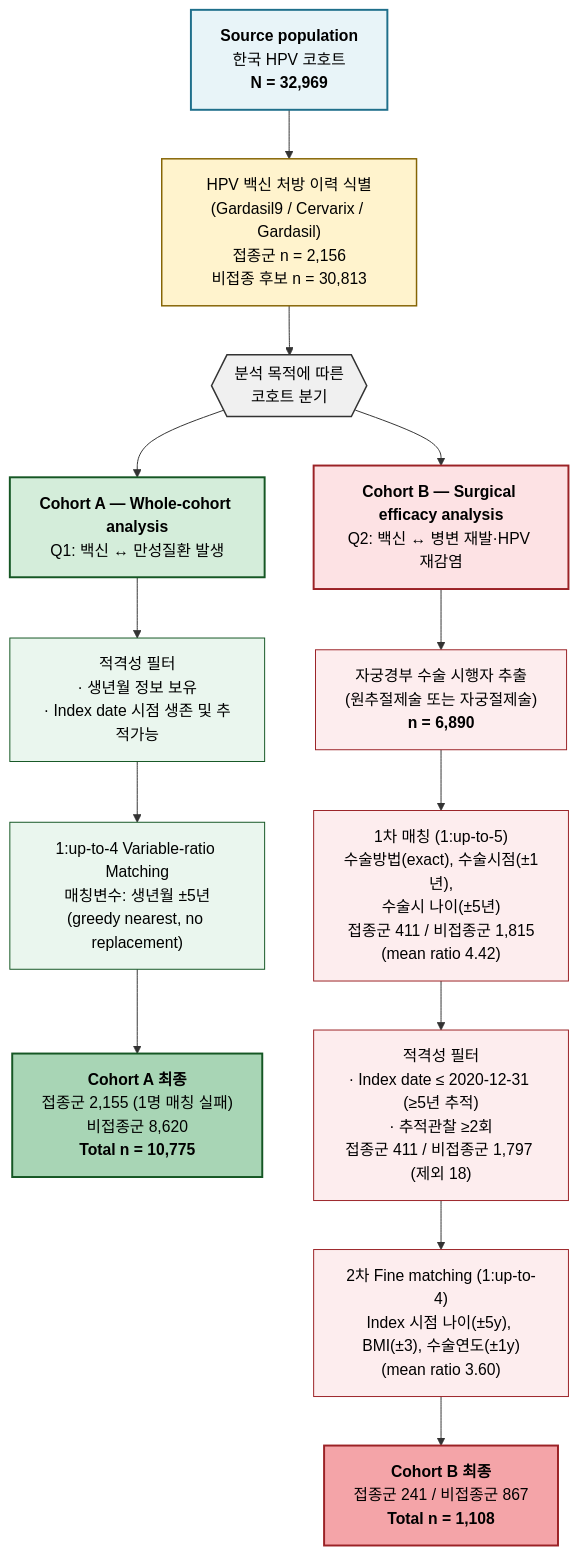
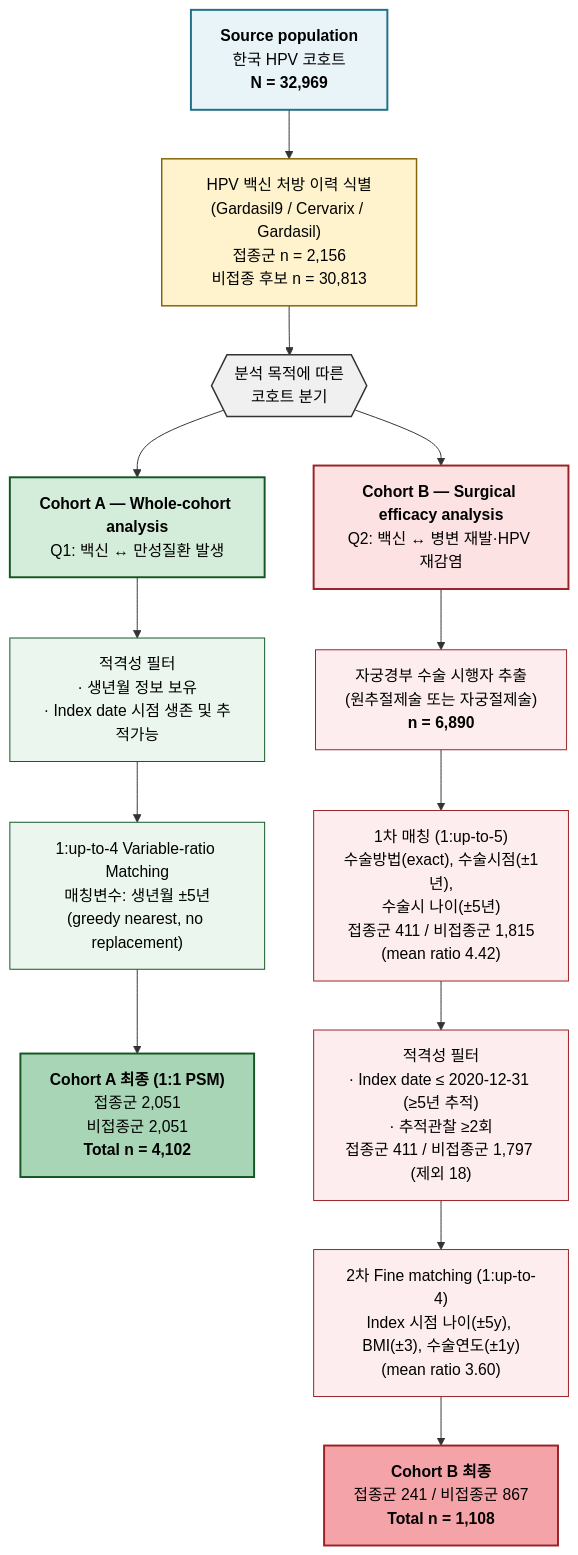
The diagram in docs/Methods_CohortSelection.md (sueinchoi/HPV_vaccines), drawn with Mermaid before and after one commit. The commit also changed other lines of this file and 7 other files, not shown here.

````diff
--- a/docs/Methods_CohortSelection.md
+++ b/docs/Methods_CohortSelection.md
@@ -66,32 +66,32 @@
 ```mermaid
 flowchart TD
     SRC["<b>Source population</b><br/>한국 HPV 코호트<br/><b>N = 32,969</b>"]:::src
 
     SRC --> EXP["HPV 백신 처방 이력 식별<br/>(Gardasil9 / Cervarix / Gardasil)<br/>접종군 n = 2,156<br/>비접종 후보 n = 30,813"]:::exp
 
     EXP --> SPLIT{{"분석 목적에 따른<br/>코호트 분기"}}:::split
 
     %% Cohort A: Whole-cohort
     SPLIT --> A1["<b>Cohort A — Whole-cohort analysis</b><br/>Q1: 백신 ↔ 만성질환 발생"]:::ah
     A1 --> A2["적격성 필터<br/>· 생년월 정보 보유<br/>· Index date 시점 생존 및 추적가능"]:::ab
     A2 --> A3["1:up-to-4 Variable-ratio Matching<br/>매칭변수: 생년월 ±5년<br/>(greedy nearest, no replacement)"]:::ab
-    A3 --> A4["<b>Cohort A 최종</b><br/>접종군 2,155 (1명 매칭 실패)<br/>비접종군 8,620<br/><b>Total n = 10,775</b>"]:::af
+    A3 --> A4["<b>Cohort A 최종 (1:1 PSM)</b><br/>접종군 2,051<br/>비접종군 2,051<br/><b>Total n = 4,102</b>"]:::af
 
     %% Cohort B: Surgical
     SPLIT --> B1["<b>Cohort B — Surgical efficacy analysis</b><br/>Q2: 백신 ↔ 병변 재발·HPV 재감염"]:::bh
     B1 --> B2["자궁경부 수술 시행자 추출<br/>(원추절제술 또는 자궁절제술)<br/><b>n = 6,890</b>"]:::bb
     B2 --> B3["1차 매칭 (1:up-to-5)<br/>수술방법(exact), 수술시점(±1년),<br/>수술시 나이(±5년)<br/>접종군 411 / 비접종군 1,815<br/>(mean ratio 4.42)"]:::bb
     B3 --> B4["적격성 필터<br/>· Index date ≤ 2020-12-31 (≥5년 추적)<br/>· 추적관찰 ≥2회<br/>접종군 411 / 비접종군 1,797 (제외 18)"]:::bb
     B4 --> B5["2차 Fine matching (1:up-to-4)<br/>Index 시점 나이(±5y), BMI(±3), 수술연도(±1y)<br/>(mean ratio 3.60)"]:::bb
     B5 --> B6["<b>Cohort B 최종</b><br/>접종군 241 / 비접종군 867<br/><b>Total n = 1,108</b>"]:::bf
 
     classDef src fill:#e8f4f8,stroke:#1f6f8b,stroke-width:2px,color:#000
     classDef exp fill:#fff3cd,stroke:#856404,stroke-width:1.5px,color:#000
     classDef split fill:#f0f0f0,stroke:#333,stroke-width:1.5px,color:#000
     classDef ah fill:#d4edda,stroke:#155724,stroke-width:2px,color:#000
     classDef ab fill:#eaf6ee,stroke:#155724,stroke-width:1px,color:#000
     classDef af fill:#a8d5b5,stroke:#155724,stroke-width:2px,color:#000
     classDef bh fill:#fde2e4,stroke:#9b2226,stroke-width:2px,color:#000
     classDef bb fill:#fdedee,stroke:#9b2226,stroke-width:1px,color:#000
     classDef bf fill:#f4a4a8,stroke:#9b2226,stroke-width:2px,color:#000
 ```
````
